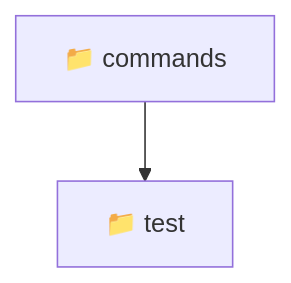
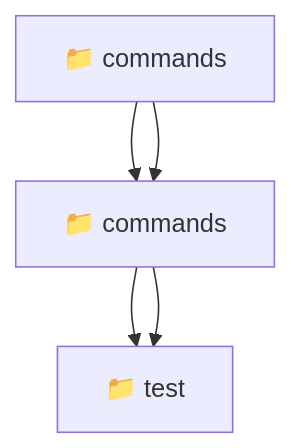
Before and after one commit to beginwebdev2002/fullstack-mavluda: the diagram in .gemini/commands/README.md, drawn with Mermaid. The commit also changed 167 other files, not shown here.

````diff
--- a/.gemini/commands/README.md
+++ b/.gemini/commands/README.md
@@ -9,5 +9,8 @@
 ```mermaid
 graph TD
+  Root_commands["📁 commands"]
   commands["📁 commands"]
+  Root_commands --> commands
   commands --> test["📁 test"]
+  Root_commands --> commands --> test
 ```
````
